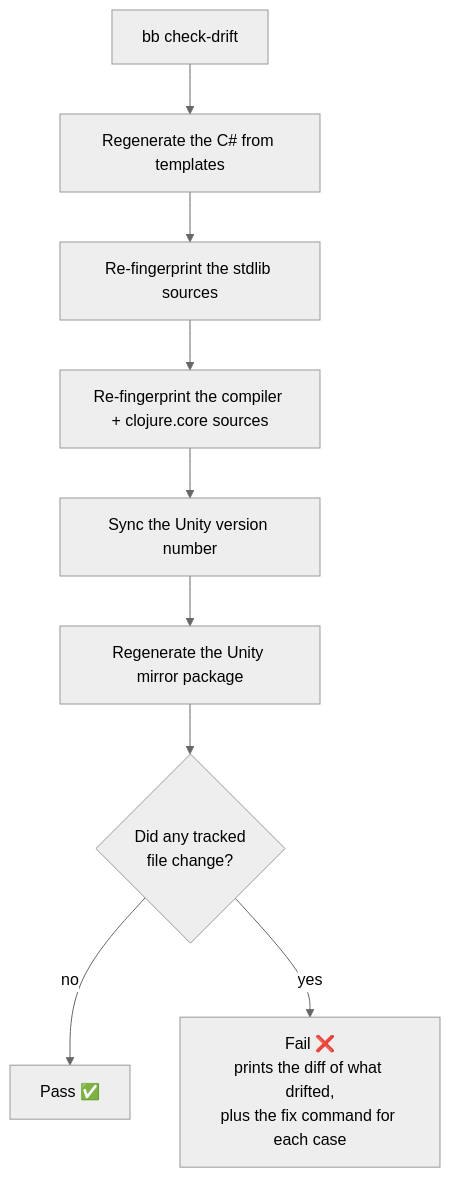
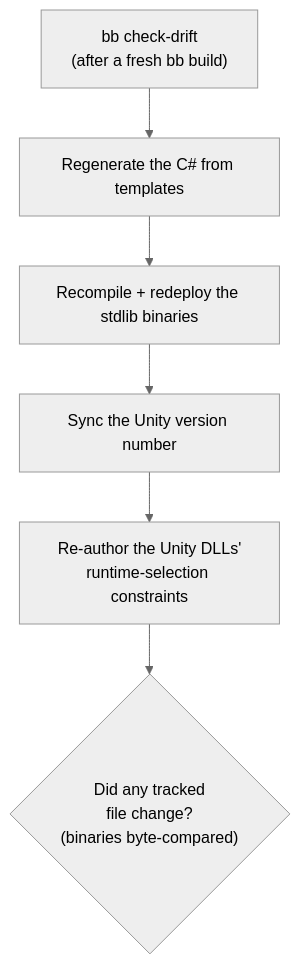
The fourth of 4 diagrams in content/blog/Drift Checks for a Self-Hosting Compiler.md (skydread1/me), drawn with Mermaid (neutral theme) before and after one commit. The commit also changed other lines of this file and 2 other files, not shown here.

Commit message:
feat(blog): refresh Making Magic stable and Drift Checks articles

````diff
--- a/content/blog/Drift Checks for a Self-Hosting Compiler.md
+++ b/content/blog/Drift Checks for a Self-Hosting Compiler.md
@@ -79,11 +175,8 @@
 ```mermaid
 flowchart TD
-    Start["bb check-drift"] --> S1["Regenerate the C# from templates"]
-    S1 --> S2["Re-fingerprint the stdlib sources"]
-    S2 --> S3["Re-fingerprint the compiler + clojure.core sources"]
-    S3 --> S4["Sync the Unity version number"]
-    S4 --> S5["Regenerate the Unity mirror package"]
-    S5 --> Q{"Did any tracked<br/>file change?"}
-    Q -->|no| PASS["Pass ✅"]
-    Q -->|yes| FAIL["Fail ❌<br/>prints the diff of what drifted,<br/>plus the fix command for each case"]
+    Start["bb check-drift<br/>(after a fresh bb build)"] --> S1["Regenerate the C# from templates"]
+    S1 --> S2["Recompile + redeploy the stdlib binaries"]
+    S2 --> S3["Sync the Unity version number"]
+    S3 --> S4["Re-author the Unity DLLs'<br/>runtime-selection constraints"]
+    S4 --> Q{"Did any tracked<br/>file change?<br/>(binaries byte-compared)"}
 ```
````
